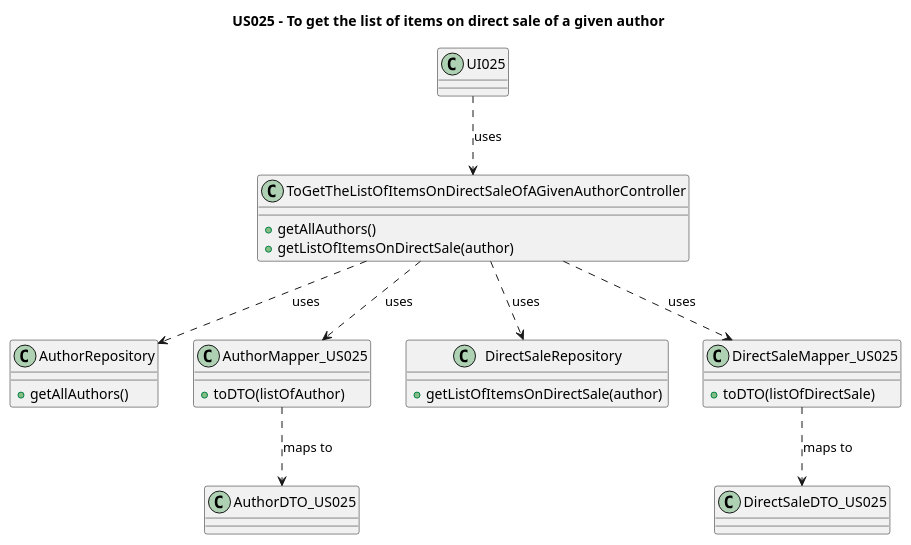
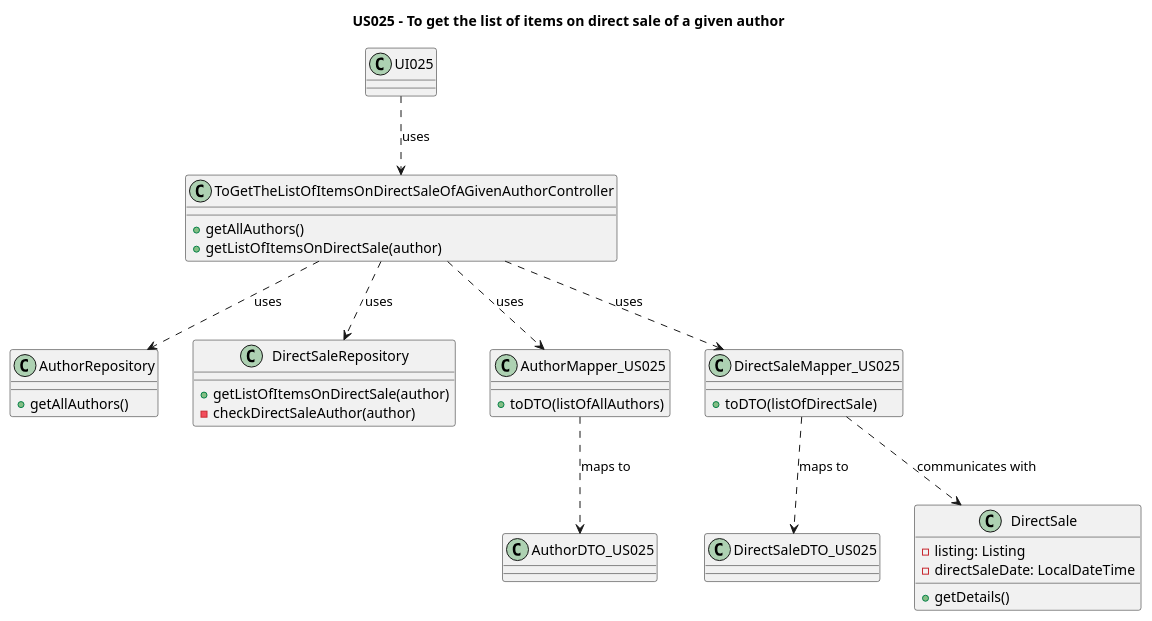
Before and after one commit to AndrePereiraGitH/SWitCH-Project-Team_A: the diagram in Diagrams/ClassDiagrams/US025-to-get-the-list-of-items-on-direct-sale-of-a-given-author.puml, drawn with PlantUML. The commit also changed 3 other files, not shown here.

Commit message:
Working on #46 #47, improved CD and SD diagrams

```diff
--- a/Diagrams/ClassDiagrams/US025-to-get-the-list-of-items-on-direct-sale-of-a-given-author.puml
+++ b/Diagrams/ClassDiagrams/US025-to-get-the-list-of-items-on-direct-sale-of-a-given-author.puml
@@ -1,91 +1,57 @@
 @startuml
 title US025 - To get the list of items on direct sale of a given author
 
-class UI025{
-
+' UI Layer
+class UI025 {
 }
 
+' Controller
 class ToGetTheListOfItemsOnDirectSaleOfAGivenAuthorController {
   +getAllAuthors()
   +getListOfItemsOnDirectSale(author)
 }
 
-class AuthorRepository{
-    +getAllAuthors()
-}
-
-class AuthorDTO_US025 {
-}
-
-class AuthorMapper_US025 {
-  +toDTO(listOfAuthor)
+' Repositories
+class AuthorRepository {
+  +getAllAuthors()
 }
 
 class DirectSaleRepository {
   +getListOfItemsOnDirectSale(author)
+  -checkDirectSaleAuthor(author)
 }
 
-/'
-class DirectSale {
-  - listing: Listing
-  +getDetails()
+' DTOs
+class AuthorDTO_US025 {
 }
-'/
+
+class DirectSaleDTO_US025 {
+}
+
+' Mappers
+class AuthorMapper_US025 {
+  +toDTO(listOfAllAuthors)
+}
 
 class DirectSaleMapper_US025 {
   +toDTO(listOfDirectSale)
 }
 
-class DirectSaleDTO_US025 {
+' Domain classes
+class DirectSale {
+  - listing: Listing
+  - directSaleDate: LocalDateTime
+  +getDetails()
 }
 
-/'
-class Listing {
-  - item: Item
-  - saleType: SaleType
-}
-
-enum SaleType {
-    DIRECT_SALE
-    AUCTION
-}
-
-'class Item {
-'    - bibliographicalData: BibliographicalData
-'}
-
-class Item {
-    - author: author
-}
-
-class author {
-    - bibliographicalData: BibliographicalData
-    - code: Code
-}
-
-class BibliographicalData {
-    - title: String
-}
-'/
-
 ' Interactions
-
 UI025 ..> ToGetTheListOfItemsOnDirectSaleOfAGivenAuthorController : uses
 ToGetTheListOfItemsOnDirectSaleOfAGivenAuthorController ..> DirectSaleRepository : uses
-ToGetTheListOfItemsOnDirectSaleOfAGivenAuthorController ..> AuthorRepository: uses
+ToGetTheListOfItemsOnDirectSaleOfAGivenAuthorController ..> AuthorRepository : uses
 AuthorMapper_US025 ..> AuthorDTO_US025 : maps to
-'DirectSaleRepository "1 " --> " * " DirectSale : contains
+DirectSaleMapper_US025 ..> DirectSaleDTO_US025 : maps to
+ToGetTheListOfItemsOnDirectSaleOfAGivenAuthorController ..> AuthorMapper_US025 : uses
 ToGetTheListOfItemsOnDirectSaleOfAGivenAuthorController ..> DirectSaleMapper_US025 : uses
-DirectSaleMapper_US025 ..> DirectSaleDTO_US025 : maps to
-'DirectSaleMapper_US025 ..> DirectSale : uses
-ToGetTheListOfItemsOnDirectSaleOfAGivenAuthorController ..> AuthorMapper_US025 : uses
-/'
-DirectSale "1" -- "1" Listing : uses
-Listing "                                *" -- "1" SaleType : can be sold by
-Listing "1" -- "1..*    " Item : lists an
-' Item "*" -- "1" BibliographicalData: has
-Item "*" -- "1" author: refers to a
-author "*" -- "1" BibliographicalData: has
-'/
+DirectSaleMapper_US025 ..> DirectSale : communicates with
 
 @enduml
```
